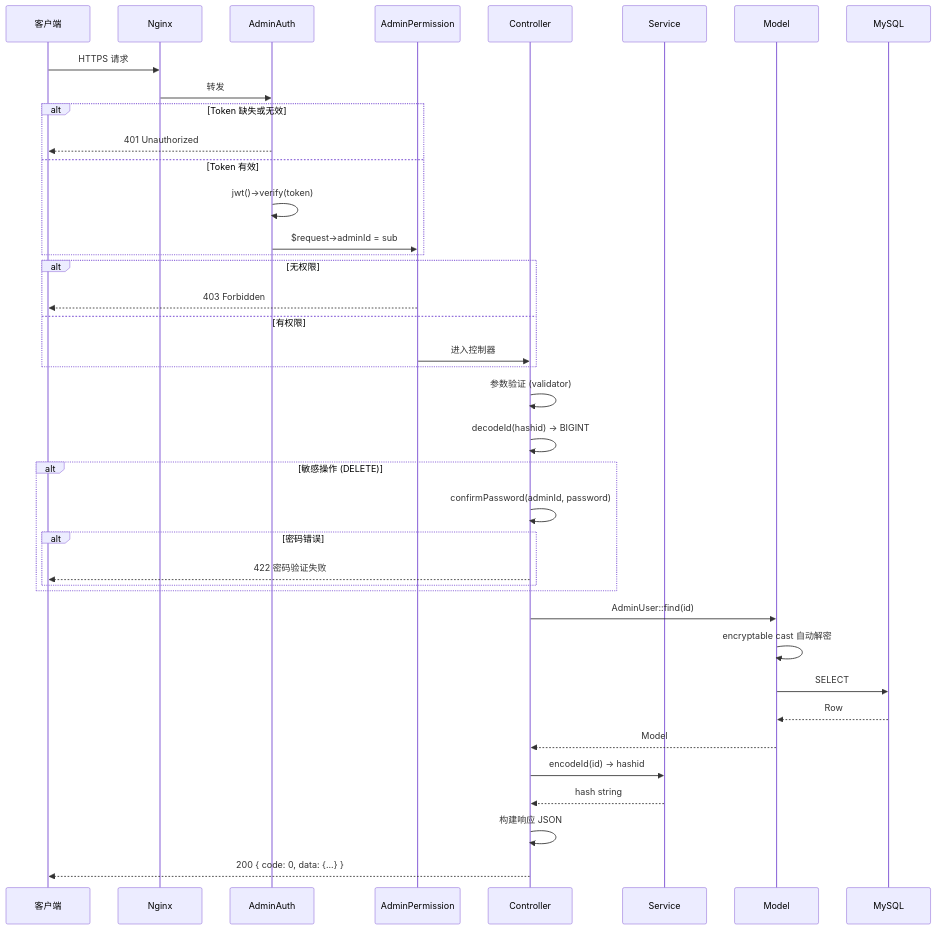
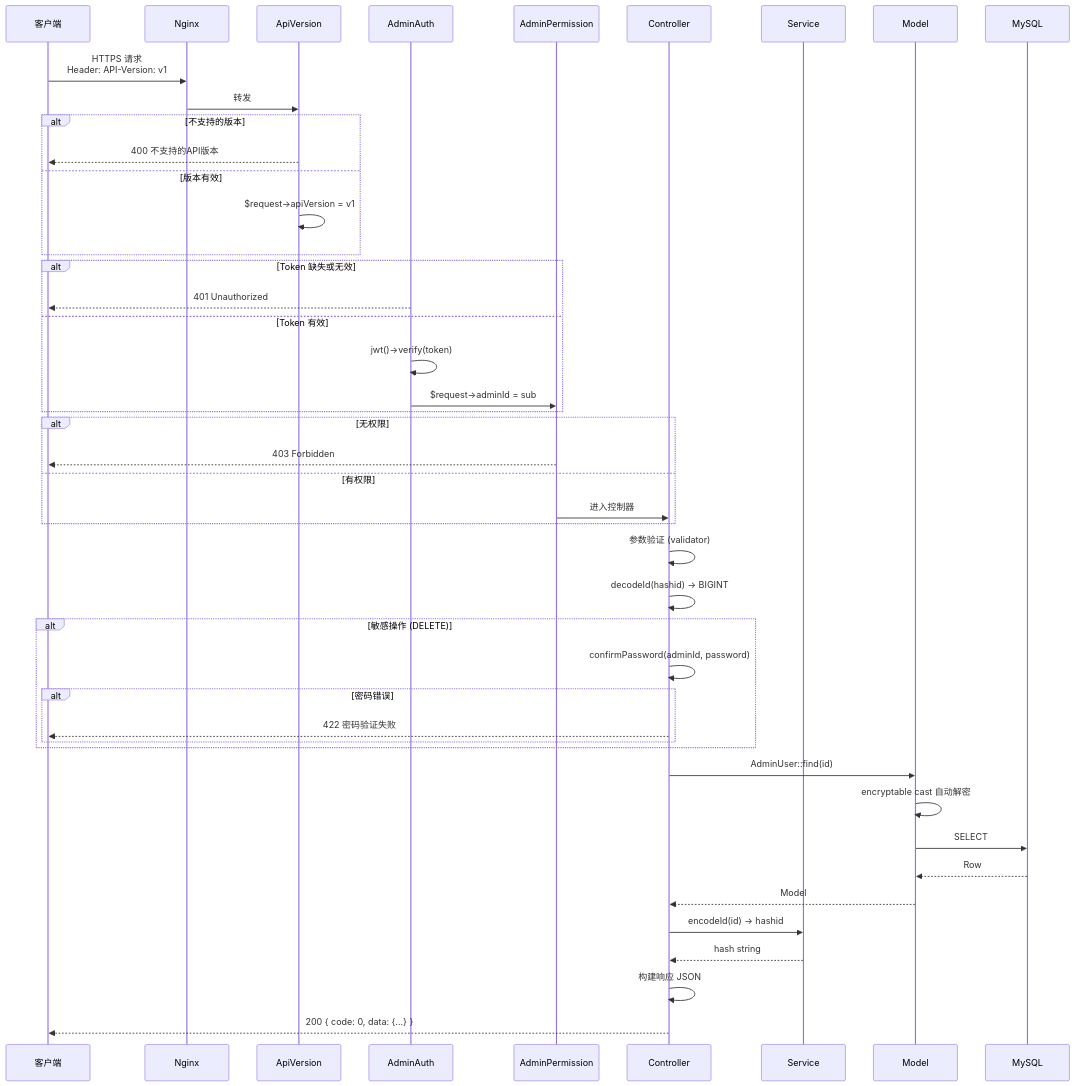
Before and after one commit to erikwang2013/open-admin: the third of 14 diagrams in docs/ARCHITECTURE.md, drawn with Mermaid. The commit also changed other lines of this file and 7 other files, not shown here.

````diff
--- a/docs/ARCHITECTURE.md
+++ b/docs/ARCHITECTURE.md
@@ -135,49 +141,56 @@
 ```mermaid
 sequenceDiagram
     participant C as 客户端
     participant N as Nginx
+    participant MW0 as ApiVersion
     participant MW1 as AdminAuth
     participant MW2 as AdminPermission
     participant CTL as Controller
     participant SVC as Service
     participant MDL as Model
     participant DB as MySQL
 
-    C->>N: HTTPS 请求
-    N->>MW1: 转发
+    C->>N: HTTPS 请求<br/>Header: API-Version: v1
+    N->>MW0: 转发
+
+    alt 不支持的版本
+        MW0-->>C: 400 不支持的API版本
+    else 版本有效
+        MW0->>MW0: $request->apiVersion = v1
+    end
 
     alt Token 缺失或无效
         MW1-->>C: 401 Unauthorized
     else Token 有效
         MW1->>MW1: jwt()->verify(token)
         MW1->>MW2: $request->adminId = sub
     end
 
     alt 无权限
         MW2-->>C: 403 Forbidden
     else 有权限
         MW2->>CTL: 进入控制器
     end
 
     CTL->>CTL: 参数验证 (validator)
     CTL->>CTL: decodeId(hashid) → BIGINT
 
     alt 敏感操作 (DELETE)
         CTL->>CTL: confirmPassword(adminId, password)
         alt 密码错误
             CTL-->>C: 422 密码验证失败
         end
     end
 
     CTL->>MDL: AdminUser::find(id)
     MDL->>MDL: encryptable cast 自动解密
     MDL->>DB: SELECT
     DB-->>MDL: Row
     MDL-->>CTL: Model
 
     CTL->>SVC: encodeId(id) → hashid
     SVC-->>CTL: hash string
 
     CTL->>CTL: 构建响应 JSON
     CTL-->>C: 200 { code: 0, data: {...} }
 ```
````
